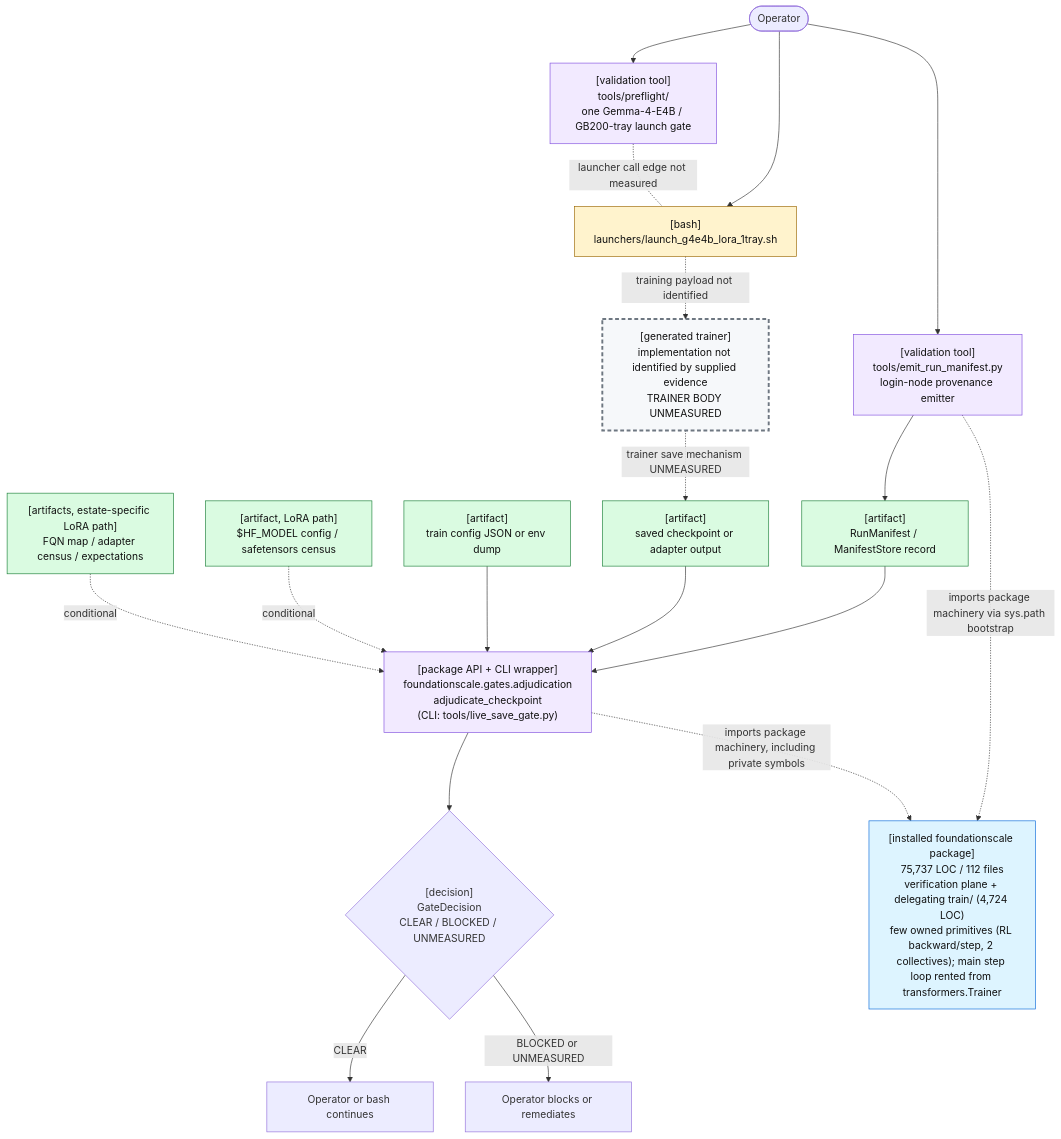
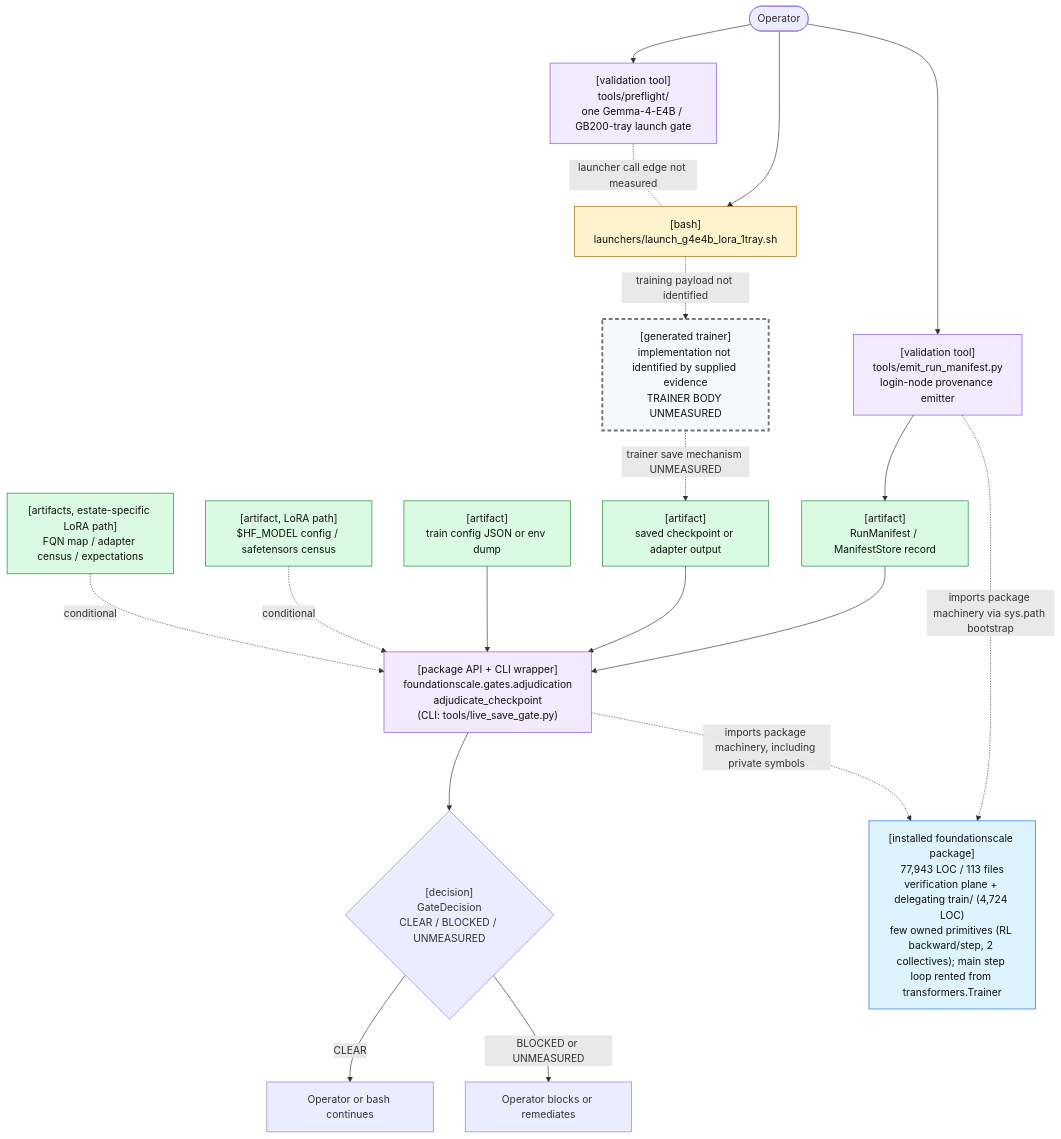
The first of 2 diagrams in docs/review/D2_current_architecture.md (TranNhiem/FoundationScale), drawn with Mermaid before and after one commit. The commit also changed other lines of this file and 10 other files, not shown here.

````diff
--- a/docs/review/D2_current_architecture.md
+++ b/docs/review/D2_current_architecture.md
@@ -25,59 +25,59 @@
 ```mermaid
 flowchart TB
   O(["Operator"])
 
   PF["[validation tool]<br/>tools/preflight/<br/>one Gemma-4-E4B / GB200-tray launch gate"]
   L["[bash]<br/>launchers/launch_g4e4b_lora_1tray.sh"]
 
   E["[validation tool]<br/>tools/emit_run_manifest.py<br/>login-node provenance emitter"]
   M["[artifact]<br/>RunManifest / ManifestStore record"]
 
   T["[generated trainer]<br/>implementation not identified by supplied evidence<br/>TRAINER BODY UNMEASURED"]
   C["[artifact]<br/>saved checkpoint or adapter output"]
 
   G["[package API + CLI wrapper]<br/>foundationscale.gates.adjudication<br/>adjudicate_checkpoint<br/>(CLI: tools/live_save_gate.py)"]
   CFG["[artifact]<br/>train config JSON or env dump"]
   BASE["[artifact, LoRA path]<br/>$HF_MODEL config / safetensors census"]
   CEN["[artifacts, estate-specific LoRA path]<br/>FQN map / adapter census / expectations"]
 
   D{"[decision]<br/>GateDecision<br/>CLEAR / BLOCKED / UNMEASURED"}
   OK["Operator or bash continues"]
   NO["Operator blocks or remediates"]
 
-  PKG["[installed foundationscale package]<br/>75,737 LOC / 112 files<br/>verification plane + delegating train/ (4,724 LOC)<br/>few owned primitives (RL backward/step, 2 collectives); main step loop rented from transformers.Trainer"]
+  PKG["[installed foundationscale package]<br/>77,943 LOC / 113 files<br/>verification plane + delegating train/ (4,724 LOC)<br/>few owned primitives (RL backward/step, 2 collectives); main step loop rented from transformers.Trainer"]
 
   O --> PF
   O --> L
   PF -. "launcher call edge not measured" .- L
 
   O --> E
   E --> M
 
   L -. "training payload not identified" .-> T
   T -. "trainer save mechanism UNMEASURED" .-> C
 
   M --> G
   C --> G
   CFG --> G
   BASE -. "conditional" .-> G
   CEN -. "conditional" .-> G
 
   E -. "imports package machinery via sys.path bootstrap" .-> PKG
   G -. "imports package machinery, including private symbols" .-> PKG
 
   G --> D
   D -->|"CLEAR"| OK
   D -->|"BLOCKED or UNMEASURED"| NO
 
   classDef bash fill:#fff3cd,stroke:#9a6700,color:#111;
   classDef tool fill:#f2eaff,stroke:#8250df,color:#111;
   classDef artifact fill:#dafbe1,stroke:#1a7f37,color:#111;
   classDef gap fill:#f6f8fa,stroke:#6e7781,stroke-width:3px,stroke-dasharray: 6 4,color:#111;
   classDef pkg fill:#ddf4ff,stroke:#0969da,color:#111;
 
   class L bash;
   class PF,E,G tool;
   class M,C,CFG,BASE,CEN artifact;
   class T gap;
   class PKG pkg;
 ```
````
